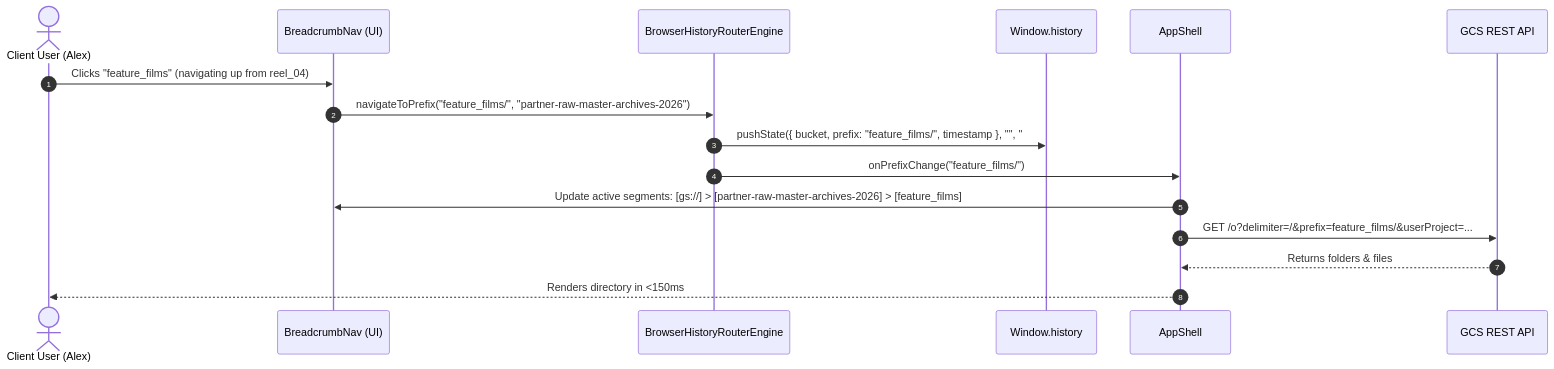
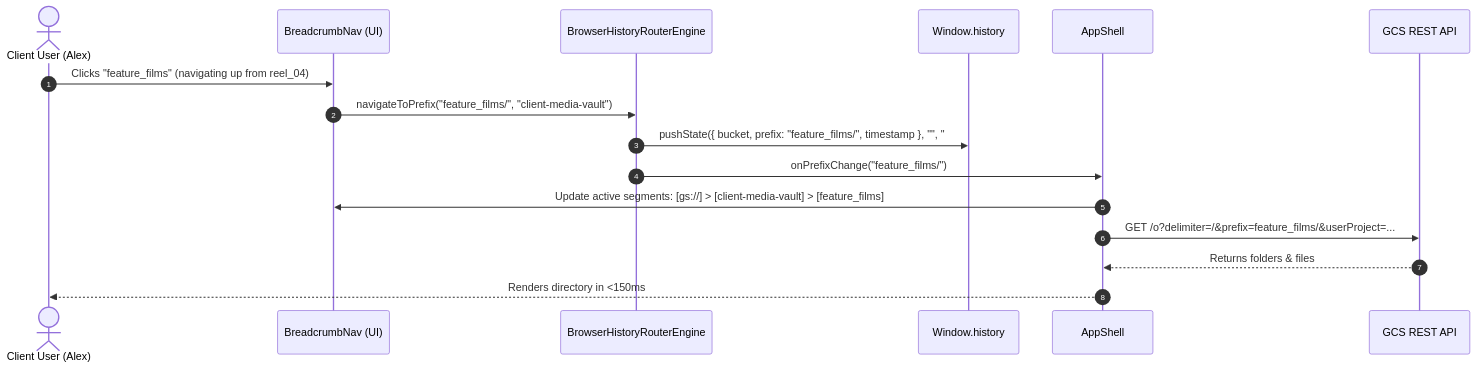
Before and after one commit to NovaLogicDev/FilesOfBaSingSe: the third of 4 diagrams in docs/requirements/module_11_browser_history_and_navigation_routing_design_and_requirements.md, drawn with Mermaid. The commit also changed other lines of this file and 45 other files, not shown here.

````diff
--- a/docs/requirements/module_11_browser_history_and_navigation_routing_design_and_requirements.md
+++ b/docs/requirements/module_11_browser_history_and_navigation_routing_design_and_requirements.md
@@ -156,19 +156,19 @@
 ```mermaid
 sequenceDiagram
     autonumber
     actor User as Client User (Alex)
     participant Breadcrumb as BreadcrumbNav (UI)
     participant Router as BrowserHistoryRouterEngine
     participant Browser as Window.history
     participant App as AppShell
     participant GCS as GCS REST API
 
     User->>Breadcrumb: Clicks "feature_films" (navigating up from reel_04)
-    Breadcrumb->>Router: navigateToPrefix("feature_films/", "partner-raw-master-archives-2026")
-    Router->>Browser: pushState({ bucket, prefix: "feature_films/", timestamp }, "", "#/browse/partner-raw-master-archives-2026/feature_films/")
+    Breadcrumb->>Router: navigateToPrefix("feature_films/", "client-media-vault")
+    Router->>Browser: pushState({ bucket, prefix: "feature_films/", timestamp }, "", "#/browse/client-media-vault/feature_films/")
     Router->>App: onPrefixChange("feature_films/")
-    App->>Breadcrumb: Update active segments: [gs://] > [partner-raw-master-archives-2026] > [feature_films]
+    App->>Breadcrumb: Update active segments: [gs://] > [client-media-vault] > [feature_films]
     App->>GCS: GET /o?delimiter=/&prefix=feature_films/&userProject=...
     GCS-->>App: Returns folders & files
     App-->>User: Renders directory in <150ms
 ```
````
